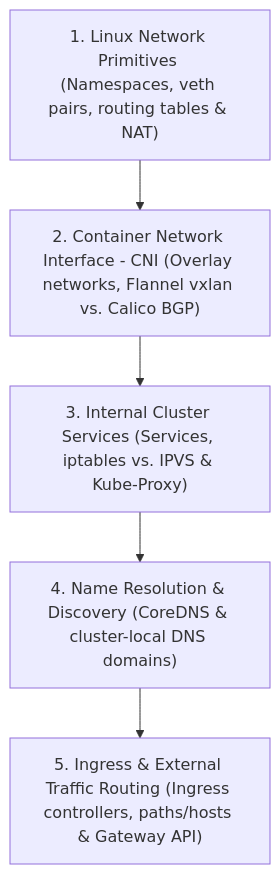
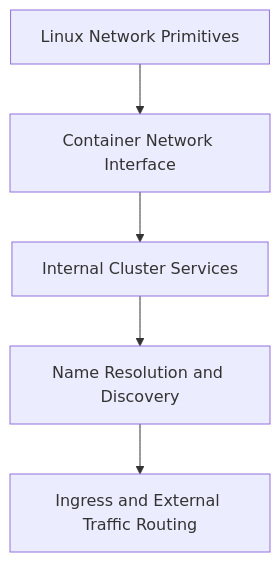
The first of 5 diagrams in Reference Notes/10_networking_dns_and_ingress.md (kmashour/BrainDump), drawn with Mermaid before and after one commit. The commit also changed 15 other files, not shown here.

Commit message:
docs: simplify cognitive map mermaid syntax for general compatibility

````diff
--- a/Reference Notes/10_networking_dns_and_ingress.md
+++ b/Reference Notes/10_networking_dns_and_ingress.md
@@ -11,7 +11,7 @@
 ```mermaid
 graph TD
-    A["1. Linux Network Primitives (Namespaces, veth pairs, routing tables & NAT)"] --> B["2. Container Network Interface - CNI (Overlay networks, Flannel vxlan vs. Calico BGP)"]
-    B --> C["3. Internal Cluster Services (Services, iptables vs. IPVS & Kube-Proxy)"]
-    C --> D["4. Name Resolution & Discovery (CoreDNS & cluster-local DNS domains)"]
-    D --> E["5. Ingress & External Traffic Routing (Ingress controllers, paths/hosts & Gateway API)"]
+    A["Linux Network Primitives"] --> B["Container Network Interface"]
+    B --> C["Internal Cluster Services"]
+    C --> D["Name Resolution and Discovery"]
+    D --> E["Ingress and External Traffic Routing"]
 ```
````
